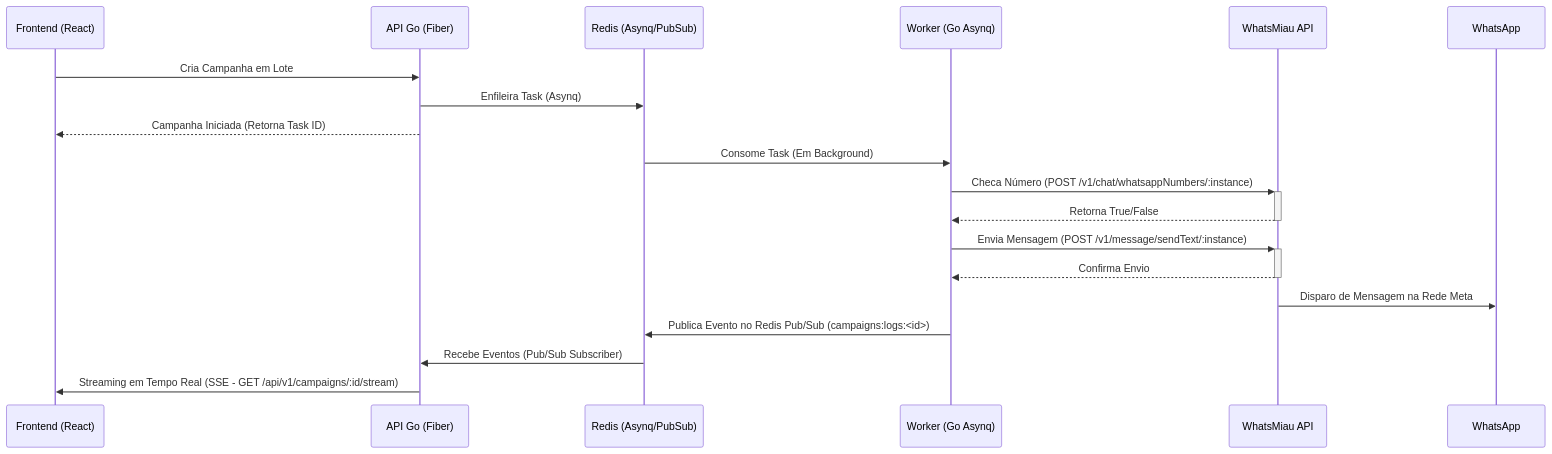
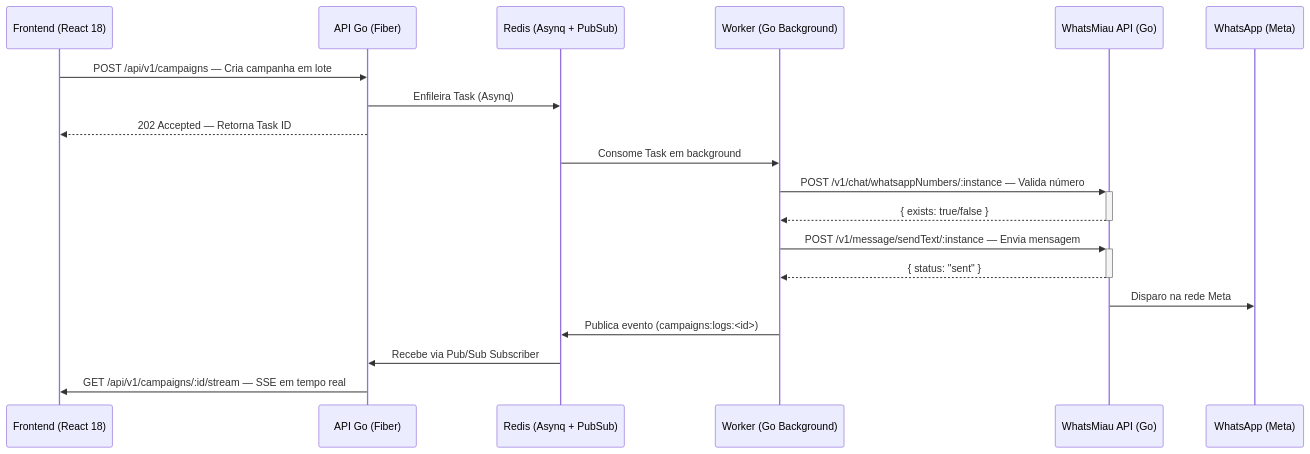
The first of 3 diagrams in README.md (moacir1neto/sherlock-scraper), drawn with Mermaid before and after one commit. The commit also changed other lines of this file, not shown here.

Commit message:
docs: update README and CLAUDE.md with rebranding to WhatsMiau and enhanced architectural documentation.

````diff
--- a/README.md
+++ b/README.md
@@ -17,26 +38,25 @@
 ```mermaid
 sequenceDiagram
-    participant F as Frontend (React)
+    participant F as Frontend (React 18)
     participant A as API Go (Fiber)
-    participant R as Redis (Asynq/PubSub)
-    participant W as Worker (Go Asynq)
-    participant WM as WhatsMiau API
-    participant WA as WhatsApp
+    participant R as Redis (Asynq + PubSub)
+    participant W as Worker (Go Background)
+    participant WM as WhatsMiau API (Go)
+    participant WA as WhatsApp (Meta)
 
-    F->>A: Cria Campanha em Lote
+    F->>A: POST /api/v1/campaigns — Cria campanha em lote
     A->>R: Enfileira Task (Asynq)
-    A-->>F: Campanha Iniciada (Retorna Task ID)
-    
-    R->>W: Consome Task (Em Background)
-    W->>+WM: Checa Número (POST /v1/chat/whatsappNumbers/:instance)
-    WM-->>-W: Retorna True/False
-    
-    W->>+WM: Envia Mensagem (POST /v1/message/sendText/:instance)
-    WM-->>-W: Confirma Envio
+    A-->>F: 202 Accepted — Retorna Task ID
 
-    WM->>WA: Disparo de Mensagem na Rede Meta
-    
-    W->>R: Publica Evento no Redis Pub/Sub (campaigns:logs:<id>)
-    R->>A: Recebe Eventos (Pub/Sub Subscriber)
-    A->>F: Streaming em Tempo Real (SSE - GET /api/v1/campaigns/:id/stream)
+    R->>W: Consome Task em background
+    W->>+WM: POST /v1/chat/whatsappNumbers/:instance — Valida número
+    WM-->>-W: { exists: true/false }
+
+    W->>+WM: POST /v1/message/sendText/:instance — Envia mensagem
+    WM-->>-W: { status: "sent" }
+
+    WM->>WA: Disparo na rede Meta
+    W->>R: Publica evento (campaigns:logs:<id>)
+    R->>A: Recebe via Pub/Sub Subscriber
+    A->>F: GET /api/v1/campaigns/:id/stream — SSE em tempo real
 ```
````
